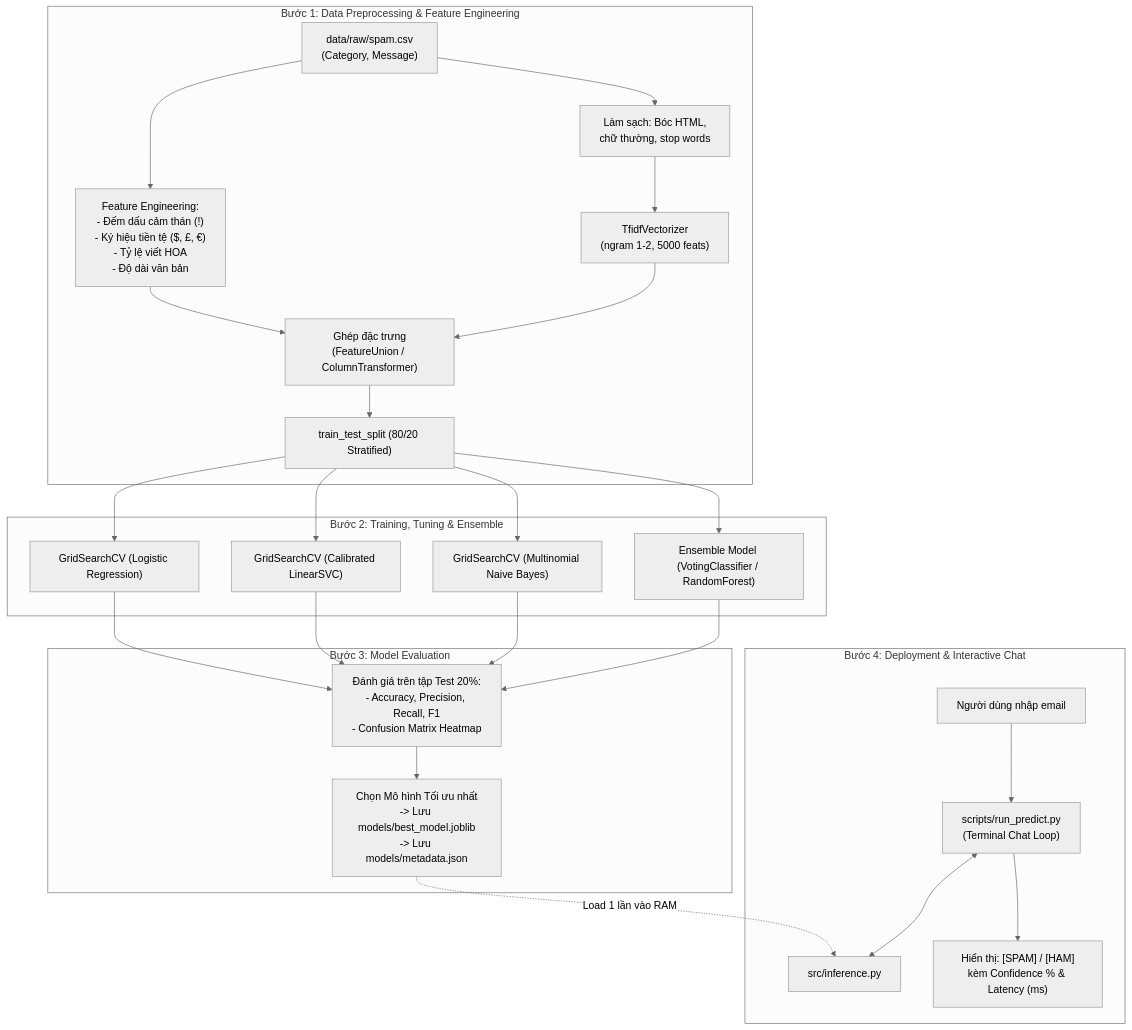
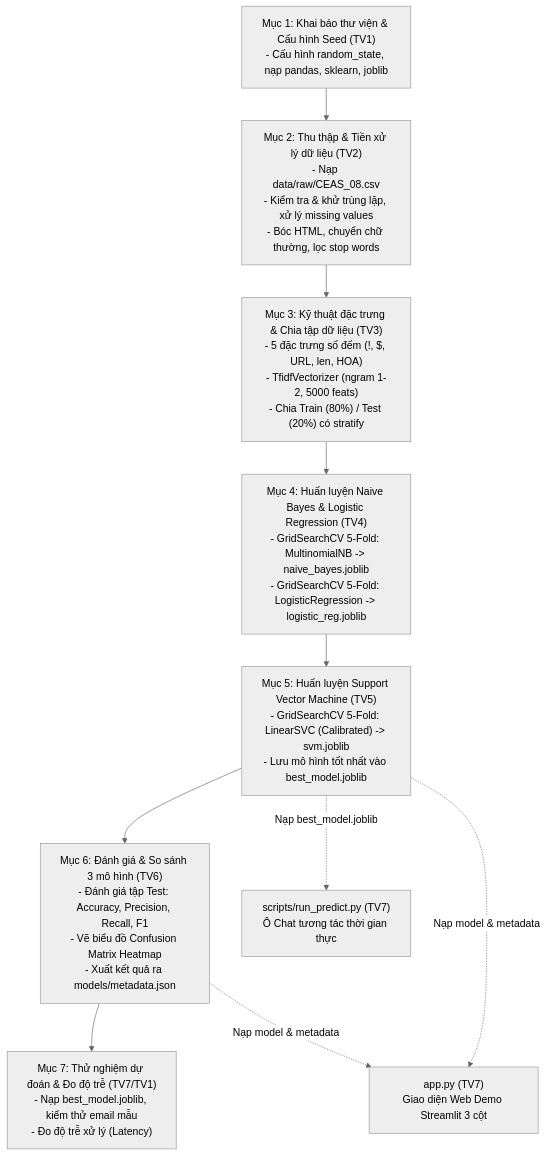
Before and after one commit to DongNguyen06/baitap_code_Nhom_3: the diagram in PRACTICE 1_CLASSIFYING_SPAM_EMAILS/docs/DESIGN.md, drawn with Mermaid (neutral theme). The commit also changed other lines of this file and 14 other files, not shown here.

````diff
--- a/PRACTICE 1_CLASSIFYING_SPAM_EMAILS/docs/DESIGN.md
+++ b/PRACTICE 1_CLASSIFYING_SPAM_EMAILS/docs/DESIGN.md
@@ -55,29 +40,13 @@
 ```mermaid
 flowchart TD
-    subgraph W1["Bước 1: Data Preprocessing & Feature Engineering"]
-        Raw["data/raw/spam.csv\n(Category, Message)"] --> Clean["Làm sạch: Bóc HTML,\nchữ thường, stop words"]
-        Raw --> FE["Feature Engineering:\n- Đếm dấu cảm thán (!)\n- Ký hiệu tiền tệ ($, £, €)\n- Tỷ lệ viết HOA\n- Độ dài văn bản"]
-        Clean --> TFIDF["TfidfVectorizer\n(ngram 1-2, 5000 feats)"]
-        FE & TFIDF --> Comb["Ghép đặc trưng\n(FeatureUnion / ColumnTransformer)"]
-        Comb --> Split["train_test_split (80/20 Stratified)"]
-    end
+    M1["Mục 1: Khai báo thư viện & Cấu hình Seed (TV1)\n- Cấu hình random_state, nạp pandas, sklearn, joblib"]
+    --> M2["Mục 2: Thu thập & Tiền xử lý dữ liệu (TV2)\n- Nạp data/raw/CEAS_08.csv\n- Kiểm tra & khử trùng lặp, xử lý missing values\n- Bóc HTML, chuyển chữ thường, lọc stop words"]
+    --> M3["Mục 3: Kỹ thuật đặc trưng & Chia tập dữ liệu (TV3)\n- 5 đặc trưng số đếm (!, $, URL, len, HOA)\n- TfidfVectorizer (ngram 1-2, 5000 feats)\n- Chia Train (80%) / Test (20%) có stratify"]
+    --> M4["Mục 4: Huấn luyện Naive Bayes & Logistic Regression (TV4)\n- GridSearchCV 5-Fold: MultinomialNB -> naive_bayes.joblib\n- GridSearchCV 5-Fold: LogisticRegression -> logistic_reg.joblib"]
+    --> M5["Mục 5: Huấn luyện Support Vector Machine (TV5)\n- GridSearchCV 5-Fold: LinearSVC (Calibrated) -> svm.joblib\n- Lưu mô hình tốt nhất vào best_model.joblib"]
+    --> M6["Mục 6: Đánh giá & So sánh 3 mô hình (TV6)\n- Đánh giá tập Test: Accuracy, Precision, Recall, F1\n- Vẽ biểu đồ Confusion Matrix Heatmap\n- Xuất kết quả ra models/metadata.json"]
+    --> M7["Mục 7: Thử nghiệm dự đoán & Đo độ trễ (TV7/TV1)\n- Nạp best_model.joblib, kiểm thử email mẫu\n- Đo độ trễ xử lý (Latency)"]
 
-    subgraph W2["Bước 2: Training, Tuning & Ensemble"]
-        Split --> T1["GridSearchCV (Logistic Regression)"]
-        Split --> T2["GridSearchCV (Calibrated LinearSVC)"]
-        Split --> T3["GridSearchCV (Multinomial Naive Bayes)"]
-        Split --> T4["Ensemble Model (VotingClassifier / RandomForest)"]
-    end
-
-    subgraph W3["Bước 3: Model Evaluation"]
-        T1 & T2 & T3 & T4 --> Eval["Đánh giá trên tập Test 20%:\n- Accuracy, Precision, Recall, F1\n- Confusion Matrix Heatmap"]
-        Eval --> Best["Chọn Mô hình Tối ưu nhất\n-> Lưu models/best_model.joblib\n-> Lưu models/metadata.json"]
-    end
-
-    subgraph W4["Bước 4: Deployment & Interactive Chat"]
-        Best -.->|"Load 1 lần vào RAM"| ChatEngine["src/inference.py"]
-        User["Người dùng nhập email"] --> ChatLoop["scripts/run_predict.py\n(Terminal Chat Loop)"]
-        ChatLoop <--> ChatEngine
-        ChatLoop --> Output["Hiển thị: [SPAM] / [HAM]\nkèm Confidence % & Latency (ms)"]
-    end
+    M5 -.->|"Nạp best_model.joblib"| Run["scripts/run_predict.py (TV7)\nÔ Chat tương tác thời gian thực"]
+    M5 & M6 -.->|"Nạp model & metadata"| Web["app.py (TV7)\nGiao diện Web Demo Streamlit 3 cột"]
 ```
````
